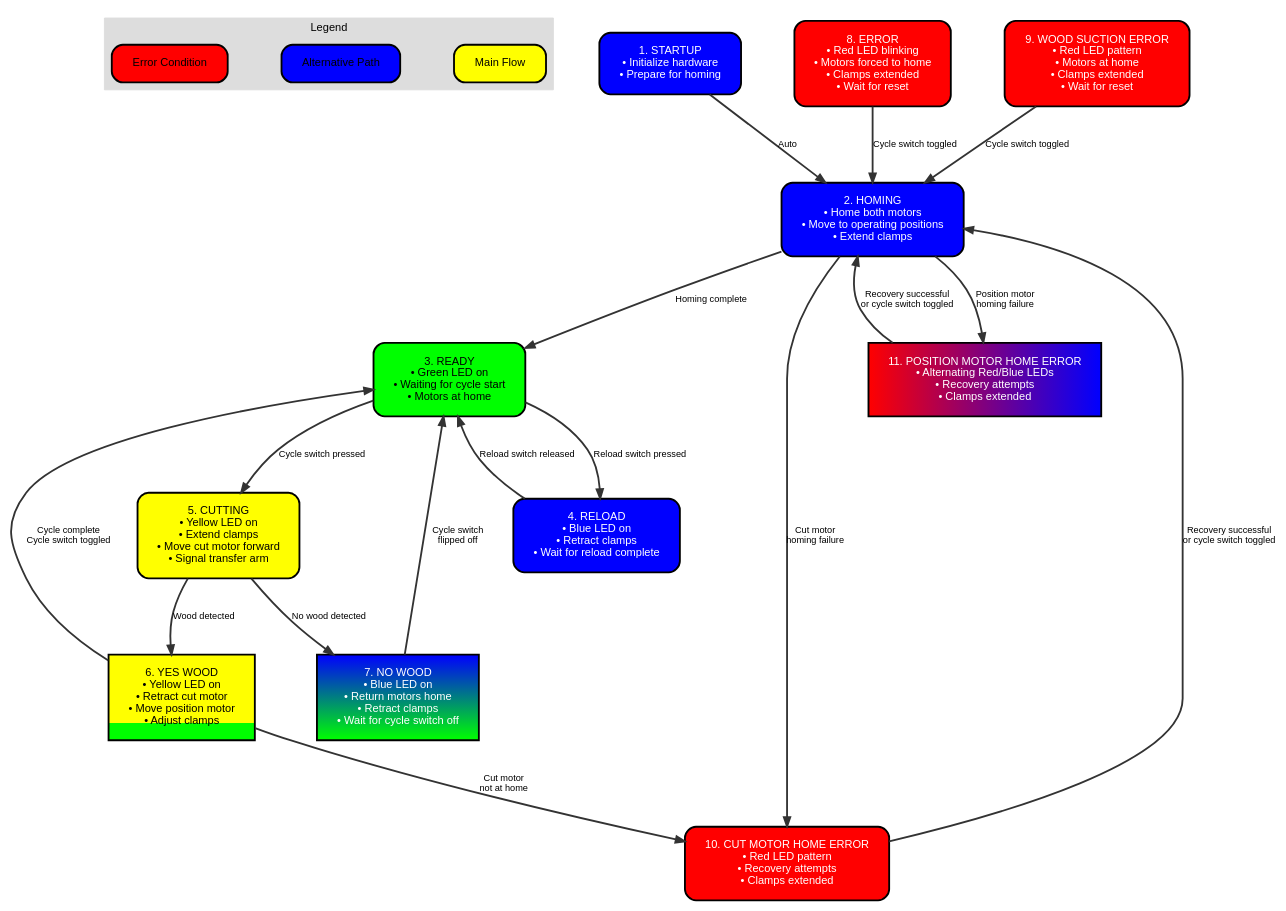
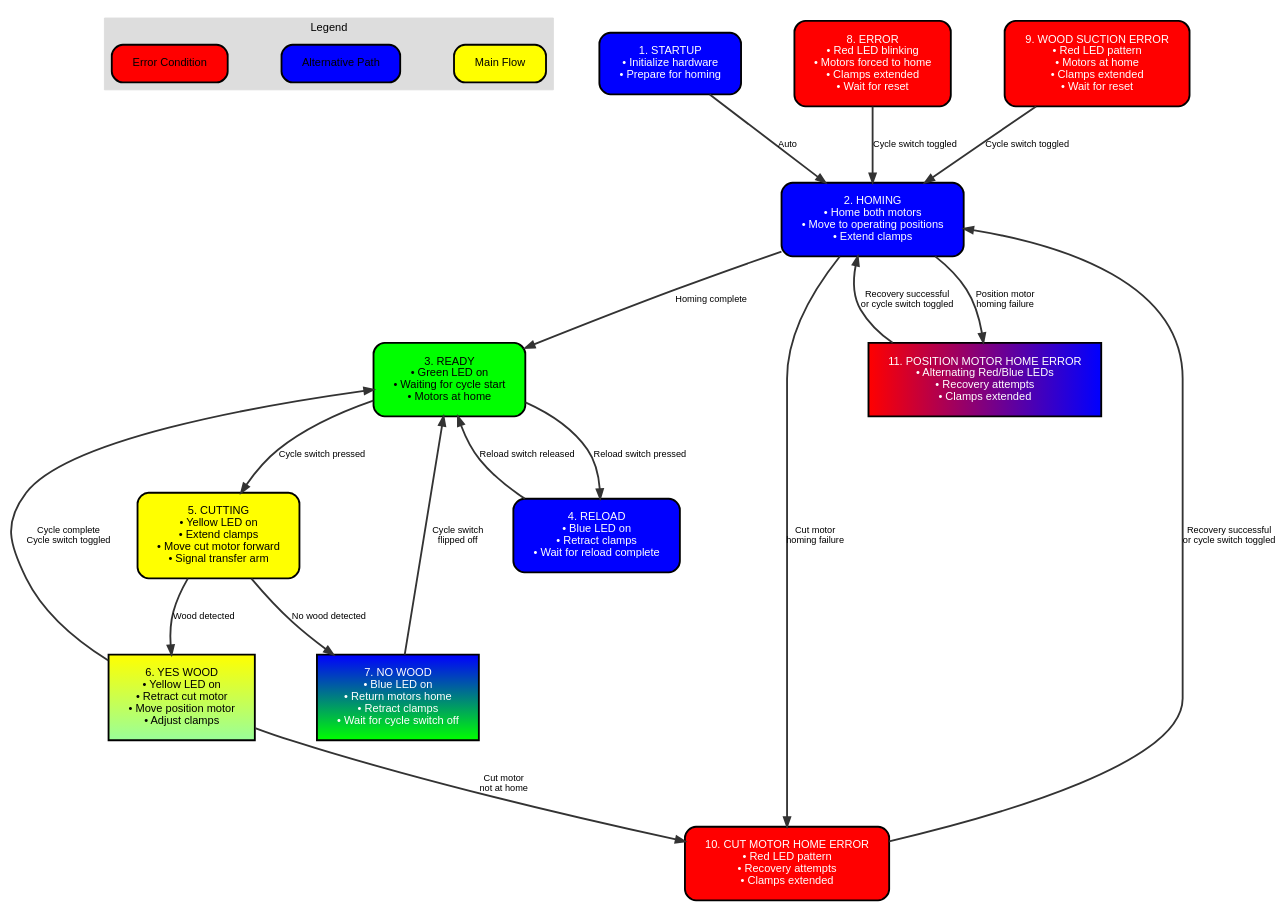
Before and after one commit to akivaweil/Stage-1-Mar25: the diagram in flowcharts/cutting_machine_flowchart.dot, drawn with Graphviz. The commit also changed 1 other file, not shown here.

Commit message:
Improved YES WOOD state with a smoother yellow-to-light-green gradient

```diff
--- a/flowcharts/cutting_machine_flowchart.dot
+++ b/flowcharts/cutting_machine_flowchart.dot
@@ -1,45 +1,45 @@
 digraph StateMachine { graph [rankdir=TB, fontname="Arial", splines=true, nodesep=0.8, ranksep=1.0]; node [shape=rect, style=rounded, fontname="Arial", fontsize=12, style="filled,rounded", margin="0.3,0.2", penwidth=2.0]; edge [fontname="Arial", fontsize=10, color="#333333", penwidth=2.0]; subgraph cluster_legend { label="Legend"; style=filled; color="#DDDDDD"; fontname="Arial"; fontsize=12; legend_main [label="Main Flow", fillcolor="#FFFF00", style="filled,rounded"]; legend_alt [label="Alternative Path", fillcolor="#0000FF", style="filled,rounded"]; legend_error [label="Error Condition", fillcolor="#FF0000", style="filled,rounded"]; } START [label="1. STARTUP
 • Initialize hardware
 • Prepare for homing", fillcolor="#0000FF", fontcolor="white"]; HOMING [label="2. HOMING
 • Home both motors
 • Move to operating positions
 • Extend clamps", fillcolor="#0000FF", fontcolor="white"]; READY [label="3. READY
 • Green LED on
 • Waiting for cycle start
 • Motors at home", fillcolor="#00FF00"]; RELOAD [label="4. RELOAD
 • Blue LED on
 • Retract clamps
 • Wait for reload complete", fillcolor="#0000FF", fontcolor="white"]; CUTTING [label="5. CUTTING
 • Yellow LED on
 • Extend clamps
 • Move cut motor forward
 • Signal transfer arm", fillcolor="#FFFF00"]; YESWOOD [label="6. YES WOOD
 • Yellow LED on
 • Retract cut motor
 • Move position motor
-• Adjust clamps", style="filled", fillcolor="#FFFF00;0.8:#00FF00;0.2", gradientangle=270]; NOWOOD [label="7. NO WOOD
+• Adjust clamps", style="filled", fillcolor="#FFFF00:#99FF99", gradientangle=270]; NOWOOD [label="7. NO WOOD
 • Blue LED on
 • Return motors home
 • Retract clamps
 • Wait for cycle switch off", style="filled", fillcolor="#0000FF:#00FF00", fontcolor="white", gradientangle=270]; ERROR [label="8. ERROR
 • Red LED blinking
 • Motors forced to home
 • Clamps extended
 • Wait for reset", fillcolor="#FF0000", fontcolor="white"]; WOOD_SUCTION_ERROR [label="9. WOOD SUCTION ERROR
 • Red LED pattern
 • Motors at home
 • Clamps extended
 • Wait for reset", fillcolor="#FF0000", fontcolor="white"]; CUT_MOTOR_HOME_ERROR [label="10. CUT MOTOR HOME ERROR
 • Red LED pattern
 • Recovery attempts
 • Clamps extended", fillcolor="#FF0000", fontcolor="white"]; POSITION_MOTOR_HOME_ERROR [label="11. POSITION MOTOR HOME ERROR
 • Alternating Red/Blue LEDs
 • Recovery attempts
 • Clamps extended", style="filled", fillcolor="#FF0000:#0000FF", fontcolor="white", gradientangle=0]; START -> HOMING [label="Auto"]; HOMING -> READY [label="Homing complete"]; HOMING -> CUT_MOTOR_HOME_ERROR [label="Cut motor
 homing failure"]; HOMING -> POSITION_MOTOR_HOME_ERROR [label="Position motor
 homing failure"]; READY -> CUTTING [label="Cycle switch pressed"]; READY -> RELOAD [label="Reload switch pressed"]; RELOAD -> READY [label="Reload switch released"]; CUTTING -> YESWOOD [label="Wood detected"]; CUTTING -> NOWOOD [label="No wood detected"]; YESWOOD -> READY [label="Cycle complete
 Cycle switch toggled"]; YESWOOD -> CUT_MOTOR_HOME_ERROR [label="Cut motor
 not at home"]; NOWOOD -> READY [label="Cycle switch
 flipped off"]; WOOD_SUCTION_ERROR -> HOMING [label="Cycle switch toggled"]; CUT_MOTOR_HOME_ERROR -> HOMING [label="Recovery successful
 or cycle switch toggled"]; POSITION_MOTOR_HOME_ERROR -> HOMING [label="Recovery successful
 or cycle switch toggled"]; ERROR -> HOMING [label="Cycle switch toggled"]; }
```
